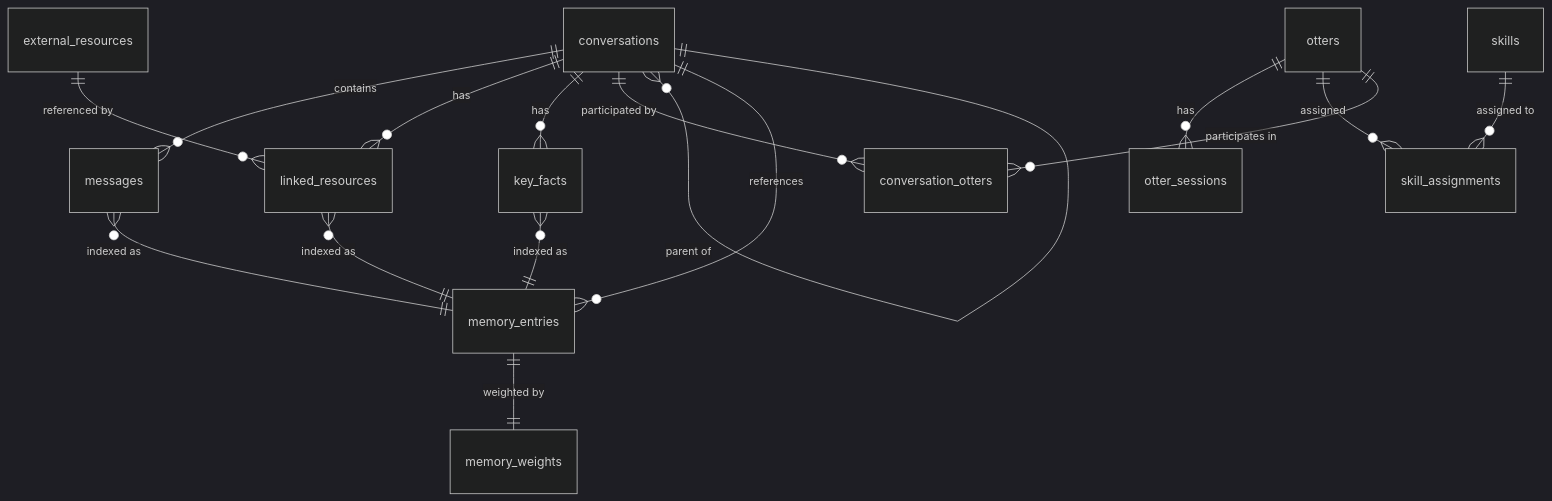
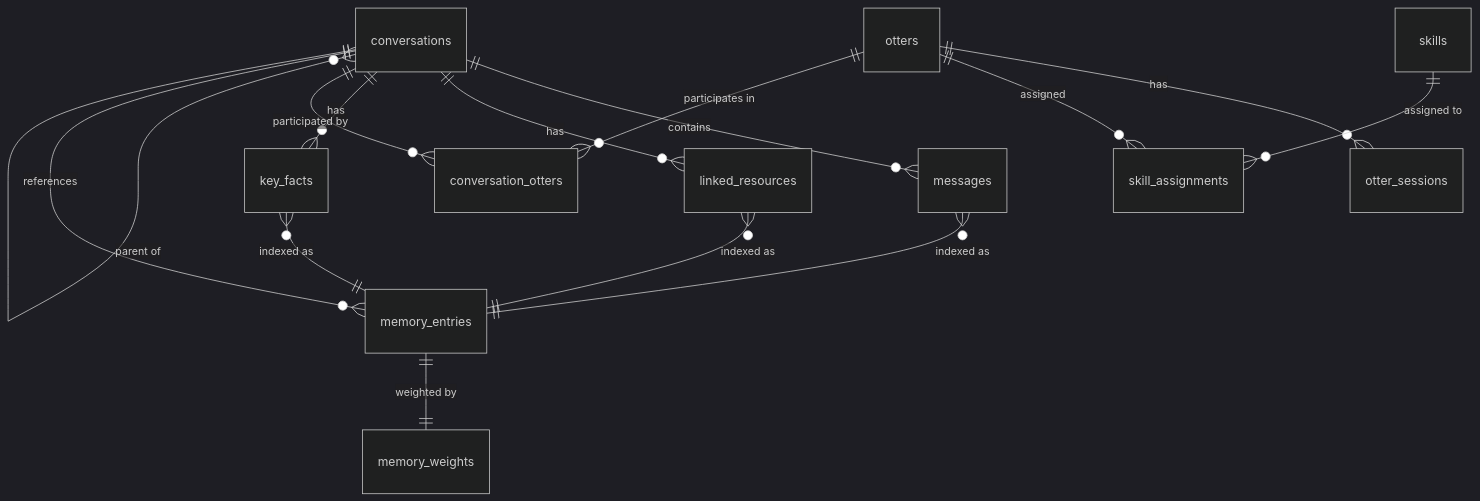
Before and after one commit to chenlaicai/otter-buddy: the first of 2 diagrams in docs/features/2026/07/09/F20260709p4q7-data-model-design.md, drawn with Mermaid (dark theme). The commit also changed other lines of this file, not shown here.

````diff
--- a/docs/features/2026/07/09/F20260709p4q7-data-model-design.md
+++ b/docs/features/2026/07/09/F20260709p4q7-data-model-design.md
@@ -91,23 +91,21 @@
 ```mermaid
 erDiagram
     conversations ||--o{ messages : contains
     conversations ||--o{ linked_resources : has
     conversations ||--o{ key_facts : has
     conversations ||--o{ conversation_otters : "participated by"
     conversations }o--|| conversations : "parent of"
 
     otters ||--o{ otter_sessions : has
     otters ||--o{ skill_assignments : assigned
     otters ||--o{ conversation_otters : "participates in"
 
     skills ||--o{ skill_assignments : "assigned to"
 
-    external_resources ||--o{ linked_resources : "referenced by"
-
     memory_entries ||--|| memory_weights : "weighted by"
     memory_entries }o--|| conversations : "references"
 
     messages }o--|| memory_entries : "indexed as"
     key_facts }o--|| memory_entries : "indexed as"
     linked_resources }o--|| memory_entries : "indexed as"
 ```
````
